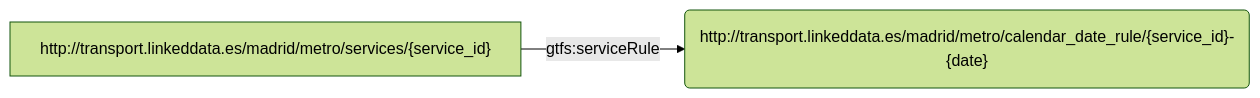
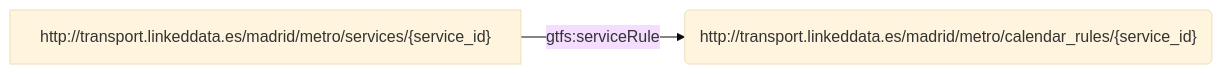
One commit to oeg-upm/rmldoc changed the ninth of 25 diagrams in example/example.md. Above: the diagram before and after it, drawn with Mermaid. The commit also changed other lines of this file and 2 other files, not shown here.

````diff
--- a/example/example.md
+++ b/example/example.md
@@ -220,7 +206,7 @@
 ```mermaid
-%%{ init : { "theme" : "forest", "flowchart" : { "curve" : "linear" }}}%%
+%%{ init : { "theme" : "base", "flowchart" : { "curve" : "linear" }}}%%
 
 flowchart LR
-S1["http://transport.linkeddata.es/madrid/metro/services/{service_id}"] -->|"gtfs:serviceRule"| object1("http://transport.linkeddata.es/madrid/metro/calendar_date_rule/{service_id}-{date}")
+S1["http://transport.linkeddata.es/madrid/metro/services/{service_id}"] -->|"gtfs:serviceRule"| object1("http://transport.linkeddata.es/madrid/metro/calendar_rules/{service_id}")
 
 ``` 
````
